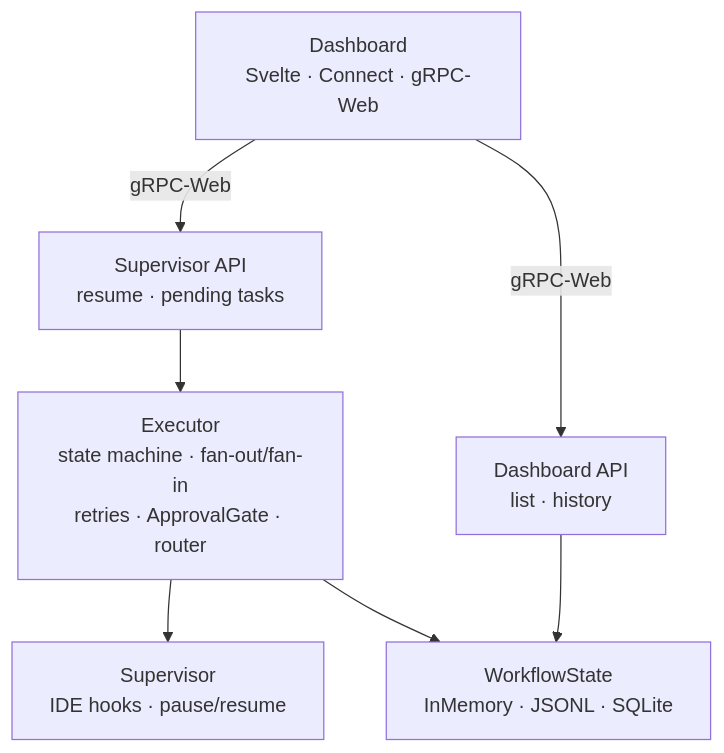
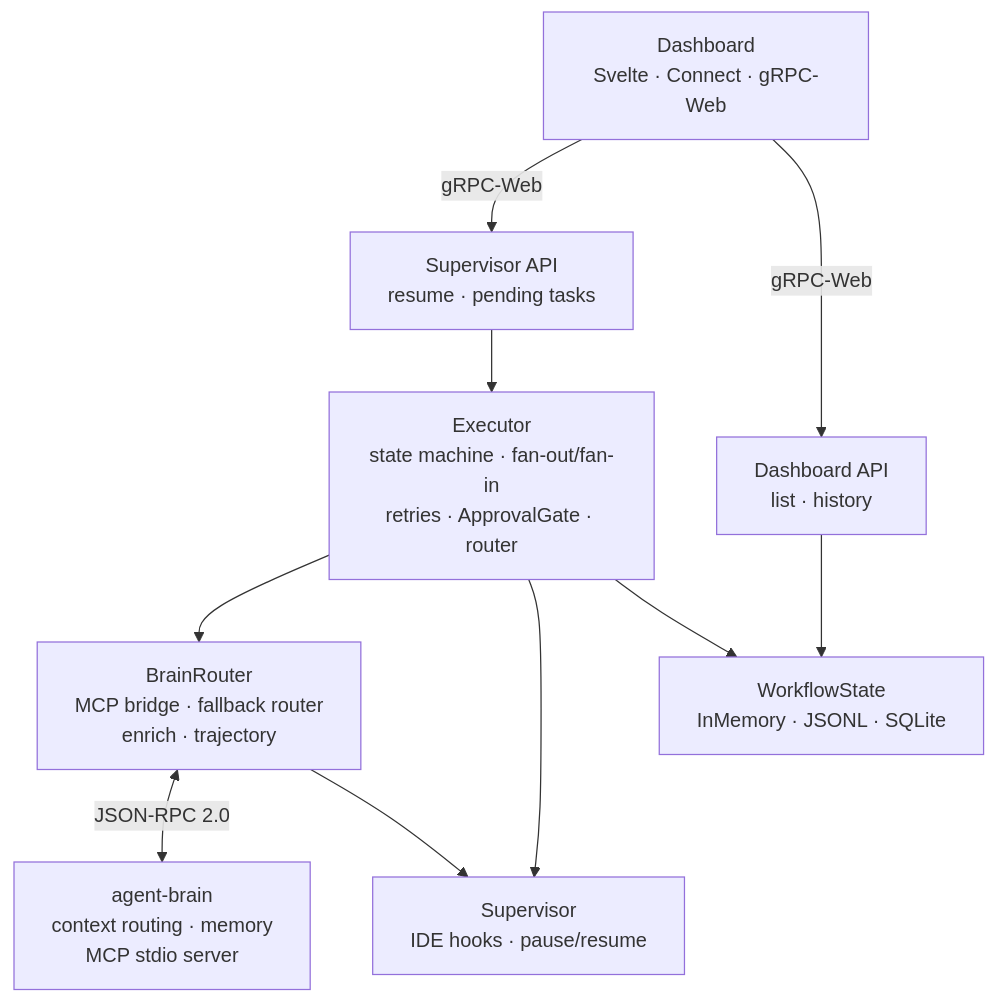
The second of 4 diagrams in README.md (autonomic-ai-dev/agent-spine), drawn with Mermaid before and after one commit. The commit also changed other lines of this file and 12 other files, not shown here.

First line of the commit message:
feat: agent-brain MCP bridge integration (Phase 1)

````diff
--- a/README.md
+++ b/README.md
@@ -40,16 +40,21 @@
 ```mermaid
 flowchart TB
+    brain["agent-brain<br/>context routing · memory<br/>MCP stdio server"]
     dashboard["Dashboard<br/>Svelte · Connect · gRPC-Web"]
     sup_api["Supervisor API<br/>resume · pending tasks"]
     dash_api["Dashboard API<br/>list · history"]
     executor["Executor<br/>state machine · fan-out/fan-in<br/>retries · ApprovalGate · router"]
+    brain_router["BrainRouter<br/>MCP bridge · fallback router<br/>enrich · trajectory"]
     supervisor["Supervisor<br/>IDE hooks · pause/resume"]
     state["WorkflowState<br/>InMemory · JSONL · SQLite"]
 
     dashboard -->|gRPC-Web| sup_api
     dashboard -->|gRPC-Web| dash_api
     sup_api --> executor
     dash_api --> state
+    executor --> brain_router
+    brain_router <-->|JSON-RPC 2.0| brain
+    brain_router --> supervisor
     executor --> supervisor
     executor --> state
 ```
````
